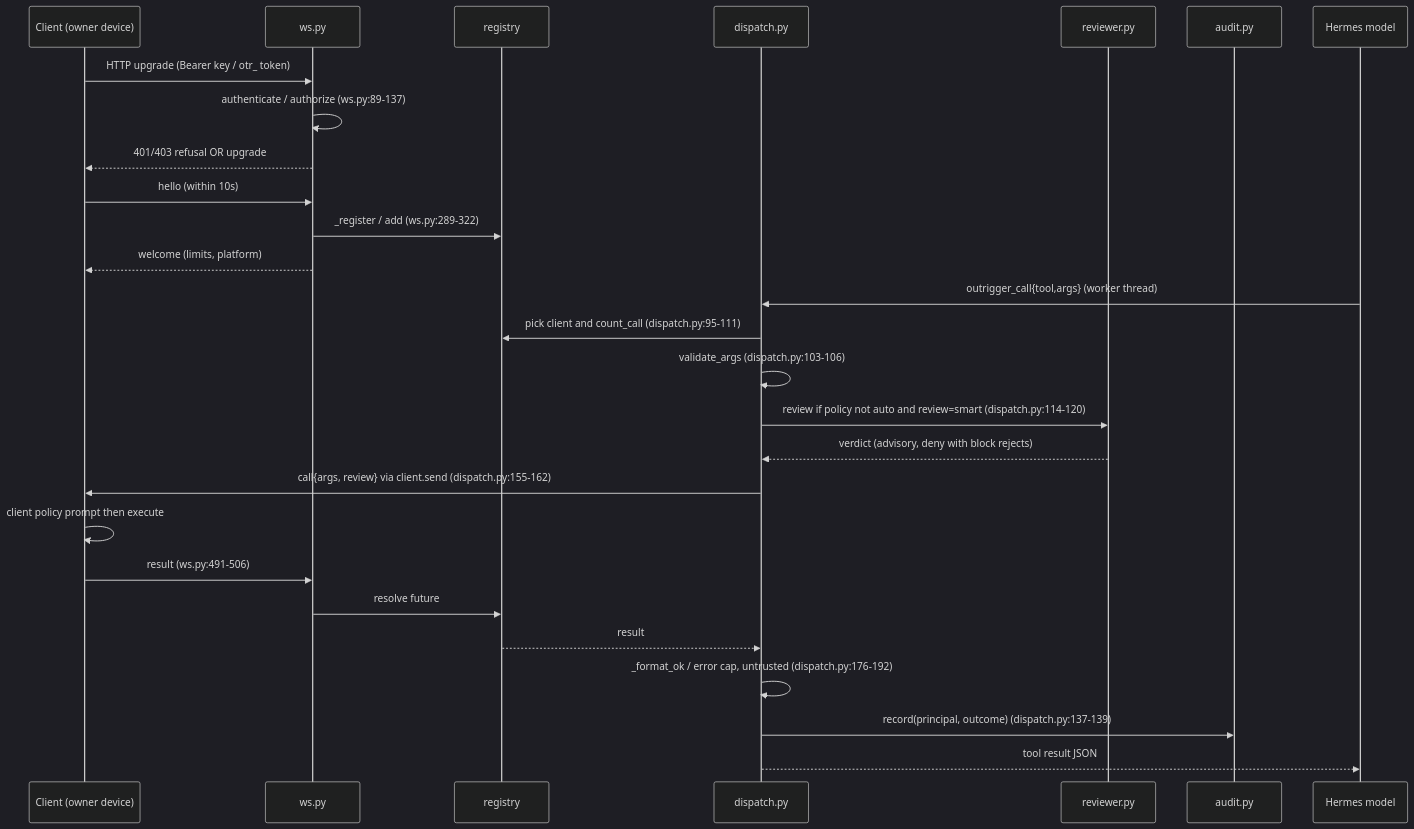
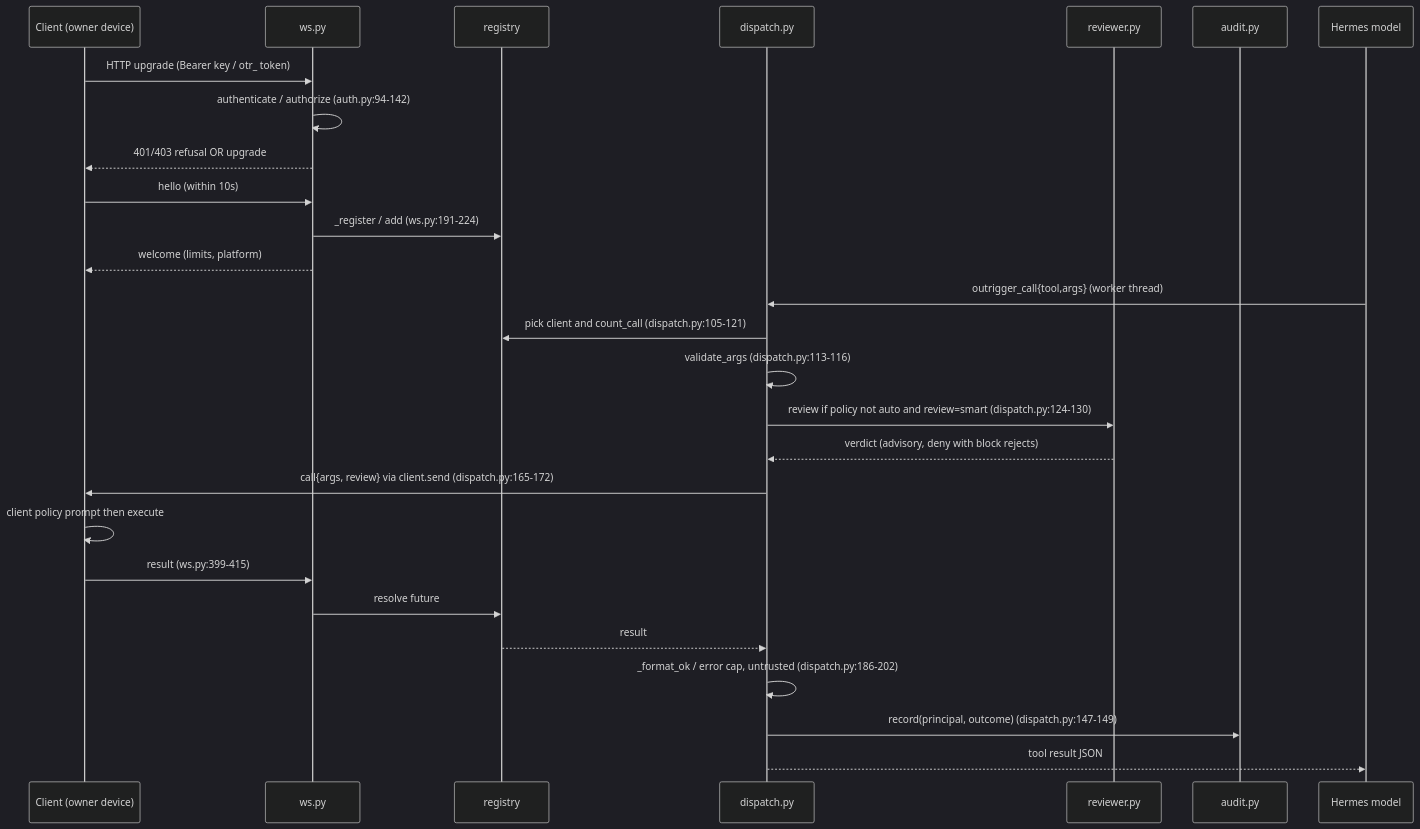
The second of 6 diagrams in AUDIT.md (codepilots/hermes-outrigger), drawn with Mermaid (dark theme) before and after one commit. The commit also changed other lines of this file and 20 other files, not shown here.

````diff
--- a/AUDIT.md
+++ b/AUDIT.md
@@ -110,29 +112,29 @@
 ```mermaid
 sequenceDiagram
   participant C as Client (owner device)
   participant W as ws.py
   participant R as registry
   participant D as dispatch.py
   participant V as reviewer.py
   participant A as audit.py
   participant H as Hermes model
   C->>W: HTTP upgrade (Bearer key / otr_ token)
-  W->>W: authenticate / authorize (ws.py:89-137)
+  W->>W: authenticate / authorize (auth.py:94-142)
   W-->>C: 401/403 refusal OR upgrade
   C->>W: hello (within 10s)
-  W->>R: _register / add (ws.py:289-322)
+  W->>R: _register / add (ws.py:191-224)
   W-->>C: welcome (limits, platform)
   H->>D: outrigger_call{tool,args} (worker thread)
-  D->>R: pick client and count_call (dispatch.py:95-111)
-  D->>D: validate_args (dispatch.py:103-106)
-  D->>V: review if policy not auto and review=smart (dispatch.py:114-120)
+  D->>R: pick client and count_call (dispatch.py:105-121)
+  D->>D: validate_args (dispatch.py:113-116)
+  D->>V: review if policy not auto and review=smart (dispatch.py:124-130)
   V-->>D: verdict (advisory, deny with block rejects)
-  D->>C: call{args, review} via client.send (dispatch.py:155-162)
+  D->>C: call{args, review} via client.send (dispatch.py:165-172)
   C->>C: client policy prompt then execute
-  C->>W: result (ws.py:491-506)
+  C->>W: result (ws.py:399-415)
   W->>R: resolve future
   R-->>D: result
-  D->>D: _format_ok / error cap, untrusted (dispatch.py:176-192)
-  D->>A: record(principal, outcome) (dispatch.py:137-139)
+  D->>D: _format_ok / error cap, untrusted (dispatch.py:186-202)
+  D->>A: record(principal, outcome) (dispatch.py:147-149)
   D-->>H: tool result JSON
 ```
````
